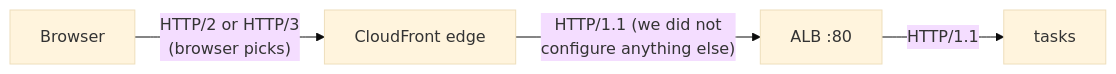
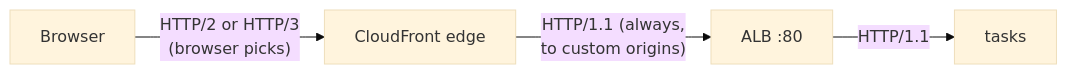
The diagram in docs/handbook/concepts/http-versions.md (maheshnd/minitickets), drawn with Mermaid (base theme) before and after one commit. The commit also changed other lines of this file and 179 other files, not shown here.

````diff
--- a/docs/handbook/concepts/http-versions.md
+++ b/docs/handbook/concepts/http-versions.md
@@ -18,6 +20,6 @@
 ```mermaid
 flowchart LR
     b["Browser"] -->|"HTTP/2 or HTTP/3<br/>(browser picks)"| cf["CloudFront edge"]
-    cf -->|"HTTP/1.1 (we did not<br/>configure anything else)"| alb["ALB :80"]
+    cf -->|"HTTP/1.1 (always,<br/>to custom origins)"| alb["ALB :80"]
     alb -->|"HTTP/1.1"| t["tasks"]
 ```
````
